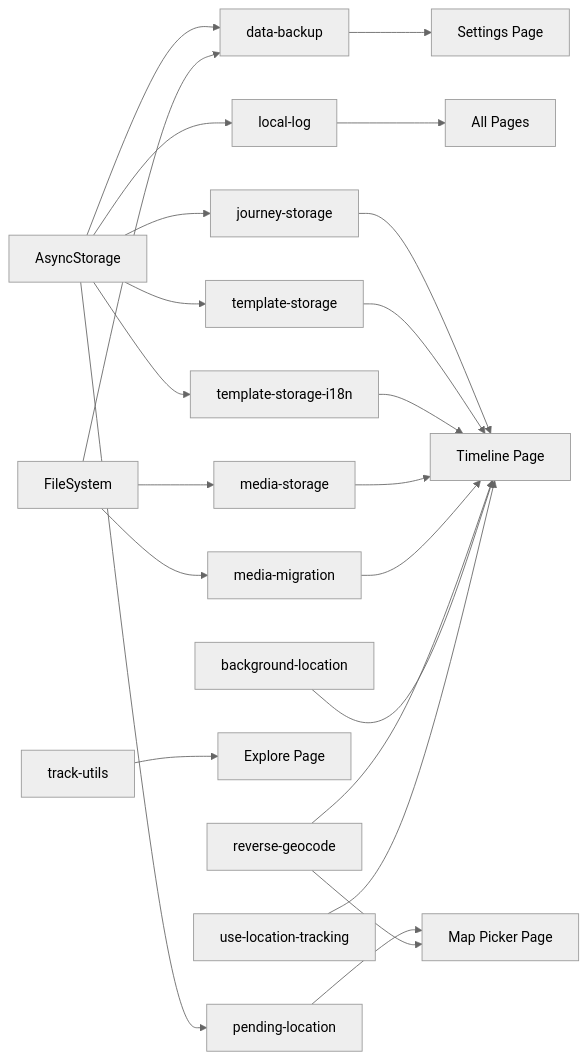
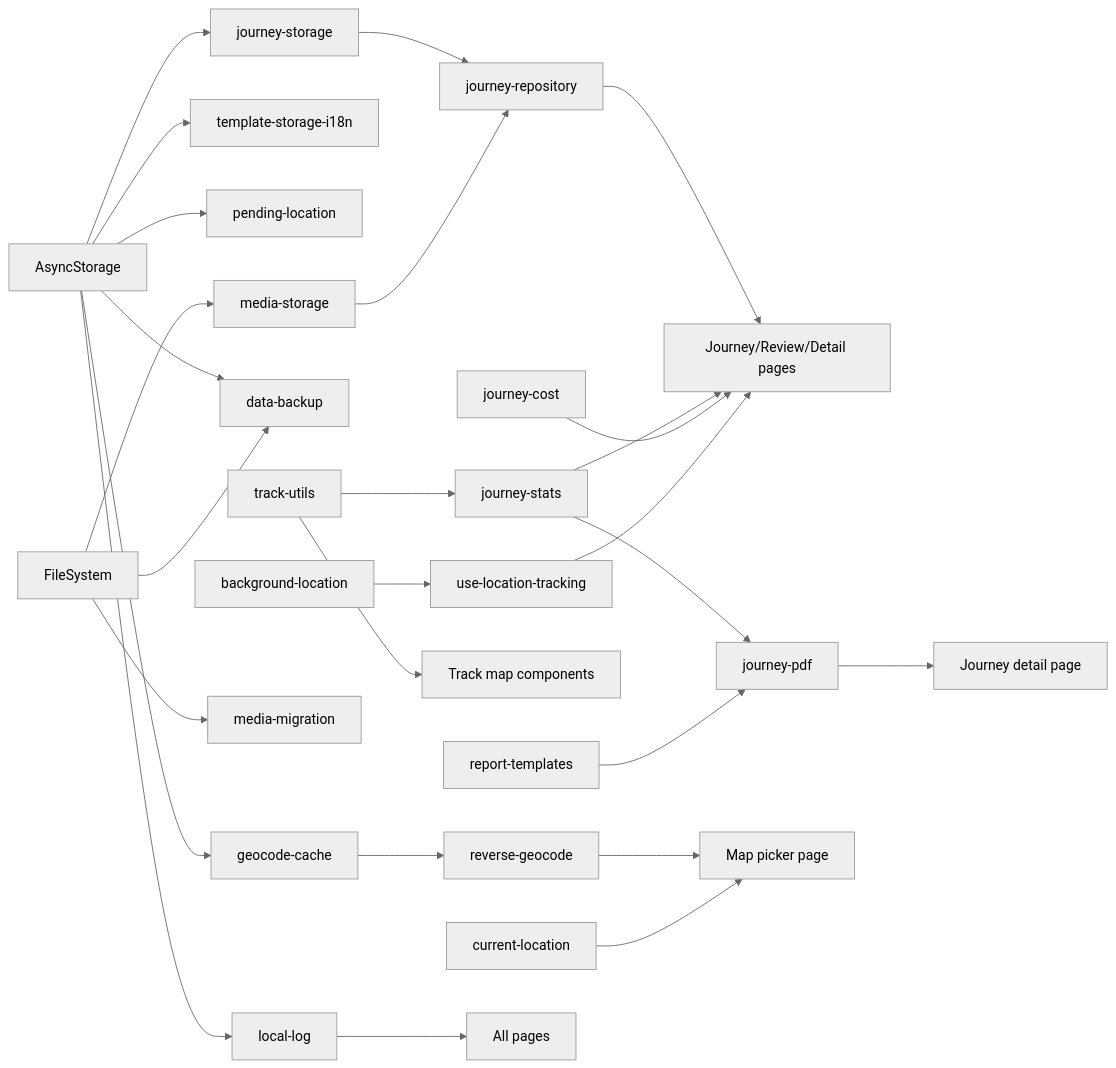
One commit to dsjerry/gowherer-web changed the diagram in docs/en/services.md. Above: the diagram before and after it, drawn with Mermaid (neutral theme). The commit also changed other lines of this file and 18 other files, not shown here.

````diff
--- a/docs/en/services.md
+++ b/docs/en/services.md
@@ -412,28 +395,32 @@
 ```mermaid
 flowchart LR
     Storage[AsyncStorage] --> JourneyStorage[journey-storage]
-    Storage --> TemplateStorage[template-storage]
     Storage --> TemplateI18n[template-storage-i18n]
     Storage --> PendingLocation[pending-location]
     Storage --> LocalLog[local-log]
     Storage --> DataBackup[data-backup]
+    Storage --> GeocodeCache[geocode-cache]
 
     FileSystem[FileSystem] --> MediaStorage[media-storage]
     FileSystem --> MediaMigration[media-migration]
     FileSystem --> DataBackup
 
-    JourneyStorage --> JourneyPage[Timeline Page]
-    TemplateStorage --> JourneyPage
-    TemplateI18n --> JourneyPage
-    PendingLocation --> LocationPicker[Map Picker Page]
-    DataBackup --> SettingsPage[Settings Page]
+    JourneyStorage --> JourneyRepo[journey-repository]
+    MediaStorage --> JourneyRepo
+    JourneyRepo --> JourneyPages[Journey/Review/Detail pages]
 
-    TrackUtils[track-utils] --> ExplorePage[Explore Page]
-    MediaStorage --> JourneyPage
-    MediaMigration --> JourneyPage
-    ReverseGeocode[reverse-geocode] --> LocationPicker
-    ReverseGeocode --> JourneyPage
-    BackgroundLocation[background-location] --> JourneyPage
-    LocationTracking[use-location-tracking] --> JourneyPage
-    LocalLog --> AllPages[All Pages]
+    JourneyStats[journey-stats] --> JourneyPages
+    JourneyStats --> JourneyPdf[journey-pdf]
+    JourneyCost[journey-cost] --> JourneyPages
+    ReportTemplates[report-templates] --> JourneyPdf
+    JourneyPdf --> DetailPage[Journey detail page]
+
+    TrackUtils[track-utils] --> JourneyStats
+    TrackUtils --> TrackMap[Track map components]
+    GeocodeCache --> ReverseGeocode[reverse-geocode]
+    ReverseGeocode --> LocationPicker[Map picker page]
+    CurrentLocation[current-location] --> LocationPicker
+    BackgroundLocation[background-location] --> TrackingHook[use-location-tracking]
+    TrackingHook --> JourneyPages
+    LocalLog --> AllPages[All pages]
 ```
````
